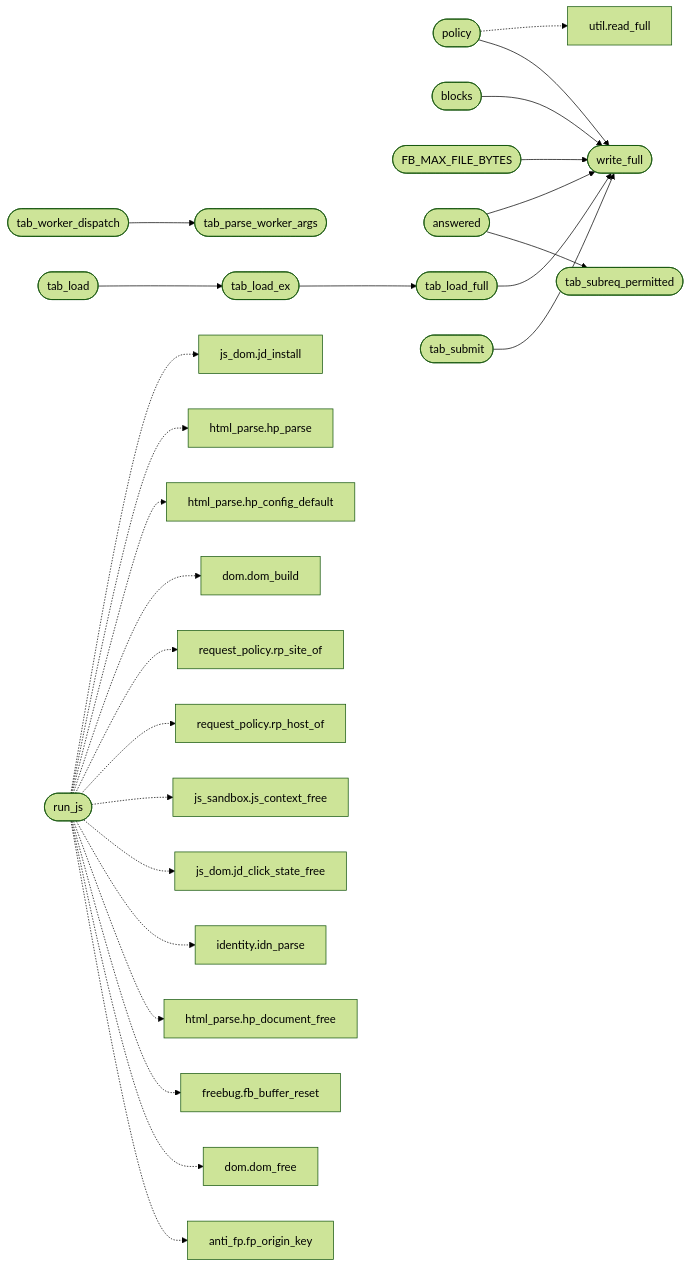
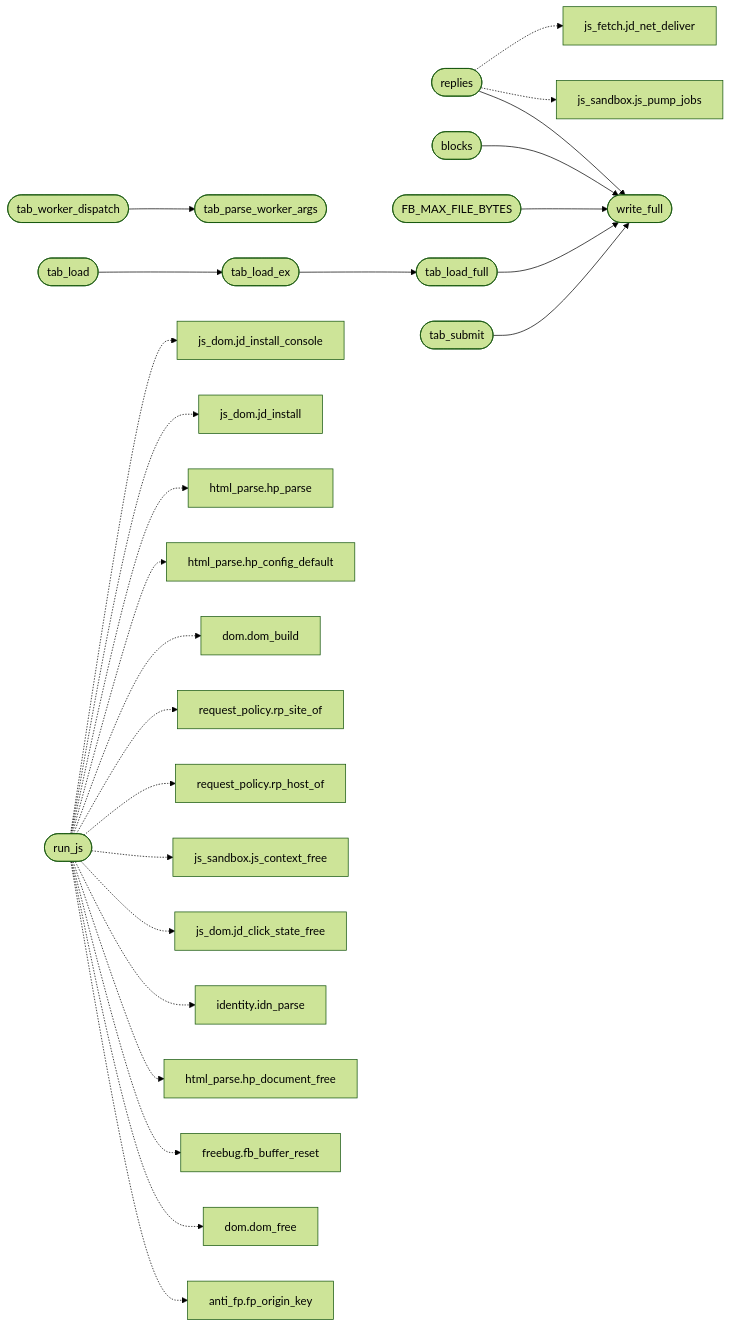
The second of 2 diagrams in readmenator-apidocs/modules/src.tab.c.md (grisuno/FreeDom), drawn with Mermaid (forest theme) before and after one commit. The commit also changed other lines of this file and 236 other files, not shown here.

````diff
--- a/readmenator-apidocs/modules/src.tab.c.md
+++ b/readmenator-apidocs/modules/src.tab.c.md
@@ -27,54 +31,54 @@
 ```mermaid
 flowchart LR
-    n_src_tab_c__policy(["policy"])
+    n_src_tab_c__replies(["replies"])
     n_src_tab_c__write_full(["write_full"])
     n_src_tab_c__blocks(["blocks"])
     n_src_tab_c__FB_MAX_FILE_BYTES(["FB_MAX_FILE_BYTES"])
     n_src_tab_c__tab_worker_dispatch(["tab_worker_dispatch"])
     n_src_tab_c__tab_parse_worker_args(["tab_parse_worker_args"])
-    n_src_tab_c__answered(["answered"])
-    n_src_tab_c__tab_subreq_permitted(["tab_subreq_permitted"])
     n_src_tab_c__tab_load(["tab_load"])
     n_src_tab_c__tab_load_ex(["tab_load_ex"])
     n_src_tab_c__tab_load_full(["tab_load_full"])
     n_src_tab_c__tab_submit(["tab_submit"])
-    n_include_util_h__read_full["util.read_full"]
+    n_include_js_sandbox_h__js_pump_jobs["js_sandbox.js_pump_jobs"]
+    n_src_js_fetch_c__jd_net_deliver["js_fetch.jd_net_deliver"]
     n_src_tab_c__run_js(["run_js"])
     n_include_anti_fp_h__fp_origin_key["anti_fp.fp_origin_key"]
     n_include_dom_h__dom_free["dom.dom_free"]
     n_include_freebug_h__fb_buffer_reset["freebug.fb_buffer_reset"]
     n_include_html_parse_h__hp_document_free["html_parse.hp_document_free"]
     n_include_identity_h__idn_parse["identity.idn_parse"]
     n_include_js_dom_h__jd_click_state_free["js_dom.jd_click_state_free"]
     n_include_js_sandbox_h__js_context_free["js_sandbox.js_context_free"]
     n_include_request_policy_h__rp_host_of["request_policy.rp_host_of"]
     n_include_request_policy_h__rp_site_of["request_policy.rp_site_of"]
     n_src_dom_c__dom_build["dom.dom_build"]
     n_src_html_parse_c__hp_config_default["html_parse.hp_config_default"]
     n_src_html_parse_c__hp_parse["html_parse.hp_parse"]
     n_src_js_dom_c__jd_install["js_dom.jd_install"]
-    n_src_tab_c__policy --> n_src_tab_c__write_full
+    n_src_js_dom_c__jd_install_console["js_dom.jd_install_console"]
+    n_src_tab_c__replies --> n_src_tab_c__write_full
     n_src_tab_c__blocks --> n_src_tab_c__write_full
     n_src_tab_c__FB_MAX_FILE_BYTES --> n_src_tab_c__write_full
     n_src_tab_c__tab_worker_dispatch --> n_src_tab_c__tab_parse_worker_args
-    n_src_tab_c__answered --> n_src_tab_c__tab_subreq_permitted
-    n_src_tab_c__answered --> n_src_tab_c__write_full
     n_src_tab_c__tab_load --> n_src_tab_c__tab_load_ex
     n_src_tab_c__tab_load_ex --> n_src_tab_c__tab_load_full
     n_src_tab_c__tab_load_full --> n_src_tab_c__write_full
     n_src_tab_c__tab_submit --> n_src_tab_c__write_full
-    n_src_tab_c__policy -.-> n_include_util_h__read_full
+    n_src_tab_c__replies -.-> n_include_js_sandbox_h__js_pump_jobs
+    n_src_tab_c__replies -.-> n_src_js_fetch_c__jd_net_deliver
     n_src_tab_c__run_js -.-> n_include_anti_fp_h__fp_origin_key
     n_src_tab_c__run_js -.-> n_include_dom_h__dom_free
     n_src_tab_c__run_js -.-> n_include_freebug_h__fb_buffer_reset
     n_src_tab_c__run_js -.-> n_include_html_parse_h__hp_document_free
     n_src_tab_c__run_js -.-> n_include_identity_h__idn_parse
     n_src_tab_c__run_js -.-> n_include_js_dom_h__jd_click_state_free
     n_src_tab_c__run_js -.-> n_include_js_sandbox_h__js_context_free
     n_src_tab_c__run_js -.-> n_include_request_policy_h__rp_host_of
     n_src_tab_c__run_js -.-> n_include_request_policy_h__rp_site_of
     n_src_tab_c__run_js -.-> n_src_dom_c__dom_build
     n_src_tab_c__run_js -.-> n_src_html_parse_c__hp_config_default
     n_src_tab_c__run_js -.-> n_src_html_parse_c__hp_parse
     n_src_tab_c__run_js -.-> n_src_js_dom_c__jd_install
+    n_src_tab_c__run_js -.-> n_src_js_dom_c__jd_install_console
 ```
````
